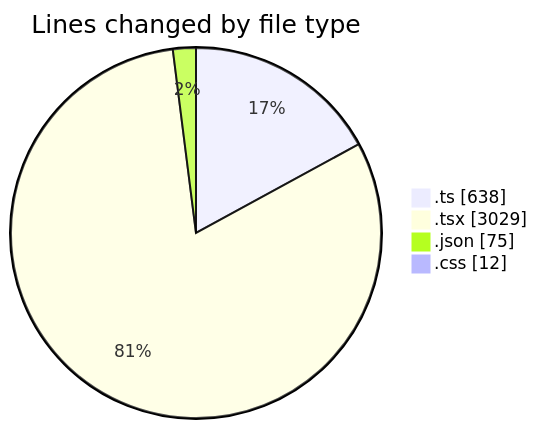
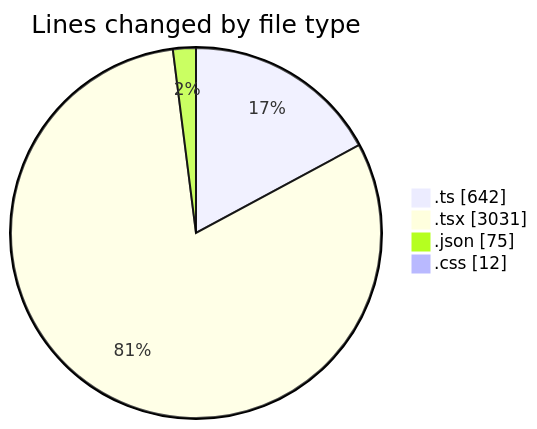
One commit to robertbonfada/code-tracking changed the first of 2 diagrams in 2025-01-27/termonied-web/README.md. Above: the diagram before and after it, drawn with Mermaid. The commit also changed other lines of this file and 1 other file, not shown here.

````diff
--- a/2025-01-27/termonied-web/README.md
+++ b/2025-01-27/termonied-web/README.md
@@ -33,8 +33,8 @@
 ```mermaid
 pie showData
 title Lines changed by file type
-".ts" : 638
-".tsx" : 3029
+".ts" : 642
+".tsx" : 3031
 ".json" : 75
 ".css" : 12
 ```
````
